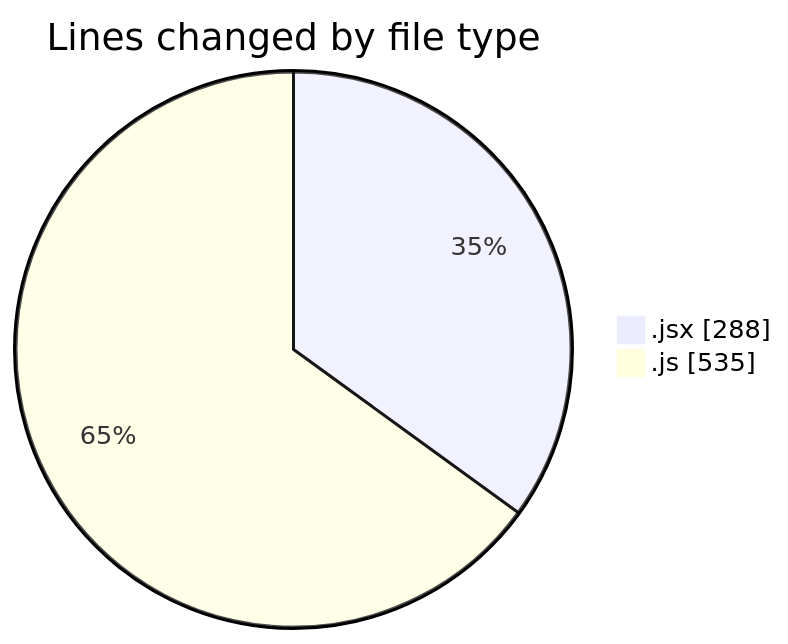
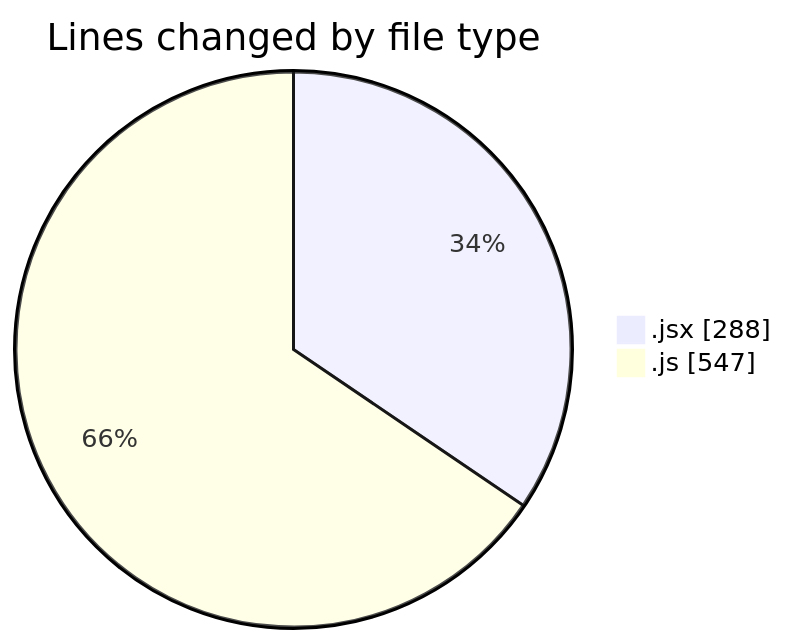
One commit to nxtqubesakshisongat/code-tracking changed the first of 2 diagrams in 2025-06-05/nxtqube_webapp/README.md. Above: the diagram before and after it, drawn with Mermaid. The commit also changed other lines of this file and 1 other file, not shown here.

````diff
--- a/2025-06-05/nxtqube_webapp/README.md
+++ b/2025-06-05/nxtqube_webapp/README.md
@@ -25,6 +26,6 @@
 ```mermaid
 pie showData
 title Lines changed by file type
 ".jsx" : 288
-".js" : 535
+".js" : 547
 ```
````
